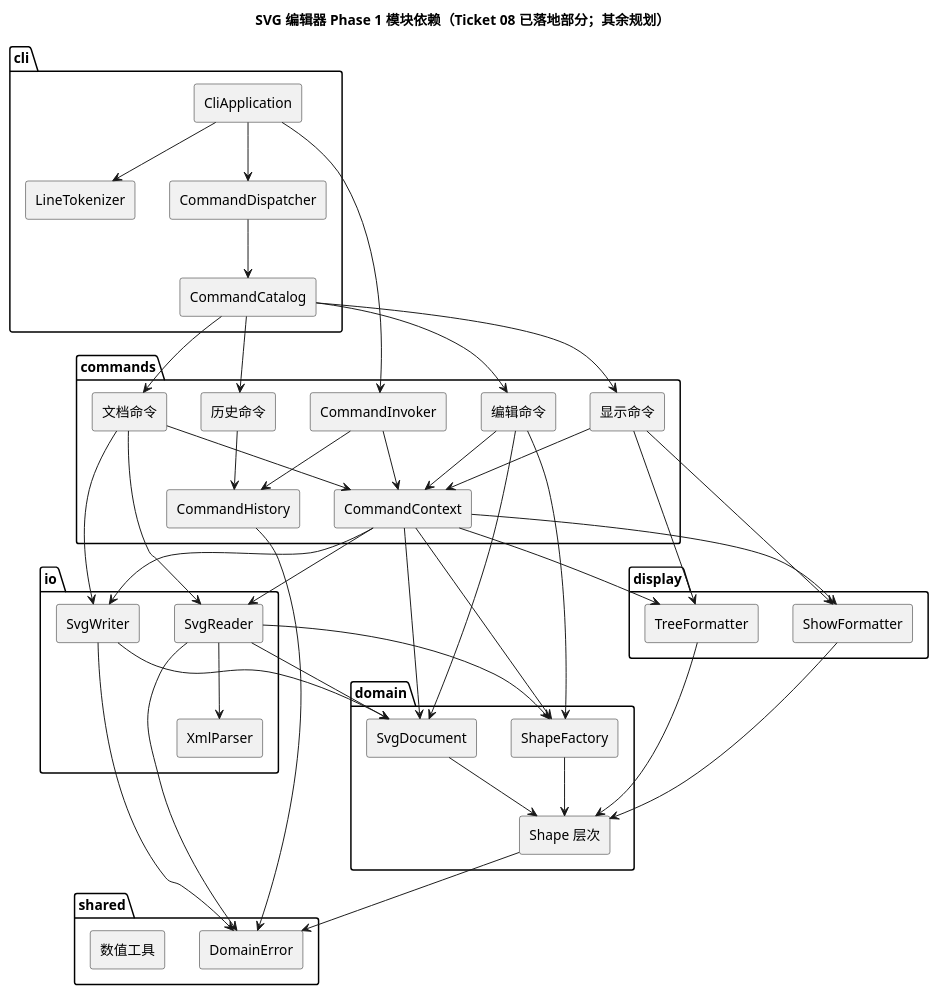
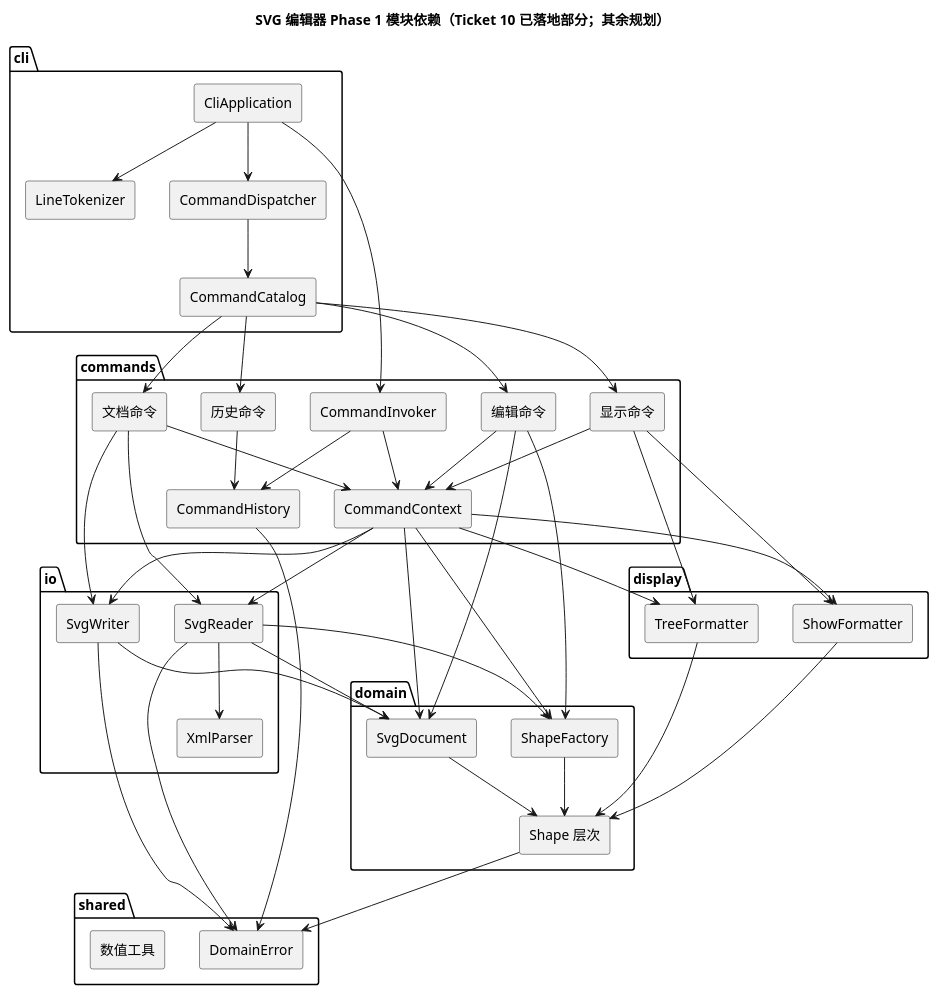
One commit to NQC233/svg-editor-lab1 changed the diagram in doc/architecture.puml. Above: the diagram before and after it, drawn with PlantUML. The commit also changed 6 other files, not shown here.

```diff
--- a/doc/architecture.puml
+++ b/doc/architecture.puml
@@ -1,82 +1,82 @@
 @startuml
 skinparam componentStyle rectangle
-title SVG 编辑器 Phase 1 模块依赖（Ticket 08 已落地部分；其余规划）
+title SVG 编辑器 Phase 1 模块依赖（Ticket 10 已落地部分；其余规划）
 
 package "cli" {
   [CliApplication]
   [CommandDispatcher]
   [CommandCatalog]
   [LineTokenizer]
 }
 
 package "commands" {
   [CommandInvoker]
   [CommandHistory]
   [CommandContext]
   [编辑命令]
   [文档命令]
   [显示命令]
   [历史命令]
 }
 
 package "domain" {
   [SvgDocument]
   [Shape 层次]
   [ShapeFactory]
 }
 
 package "io" {
   [SvgReader]
   [SvgWriter]
   [XmlParser]
 }
 
 package "display" {
   [TreeFormatter]
   [ShowFormatter]
 }
 
 package "shared" {
   [DomainError]
   [数值工具]
 }
 
 [CliApplication] --> [LineTokenizer]
 [CliApplication] --> [CommandDispatcher]
 [CliApplication] --> [CommandInvoker]
 [CommandDispatcher] --> [CommandCatalog]
 [CommandCatalog] --> [编辑命令]
 [CommandCatalog] --> [文档命令]
 [CommandCatalog] --> [显示命令]
 [CommandCatalog] --> [历史命令]
 [CommandInvoker] --> [CommandHistory]
 [CommandInvoker] --> [CommandContext]
 [编辑命令] --> [CommandContext]
 [文档命令] --> [CommandContext]
 [显示命令] --> [CommandContext]
 [历史命令] --> [CommandHistory]
 [CommandContext] --> [SvgDocument]
 [CommandContext] --> [SvgReader]
 [CommandContext] --> [SvgWriter]
 [CommandContext] --> [TreeFormatter]
 [CommandContext] --> [ShowFormatter]
 [CommandContext] --> [ShapeFactory]
 [编辑命令] --> [SvgDocument]
 [编辑命令] --> [ShapeFactory]
 [文档命令] --> [SvgReader]
 [文档命令] --> [SvgWriter]
 [显示命令] --> [TreeFormatter]
 [显示命令] --> [ShowFormatter]
 [SvgReader] --> [XmlParser]
 [SvgReader] --> [SvgDocument]
 [SvgReader] --> [ShapeFactory]
 [SvgWriter] --> [SvgDocument]
 [TreeFormatter] --> [Shape 层次]
 [ShowFormatter] --> [Shape 层次]
 [ShapeFactory] --> [Shape 层次]
 [SvgDocument] --> [Shape 层次]
 [Shape 层次] --> [DomainError]
 [SvgReader] --> [DomainError]
 [SvgWriter] --> [DomainError]
 [CommandHistory] --> [DomainError]
 @enduml
```
